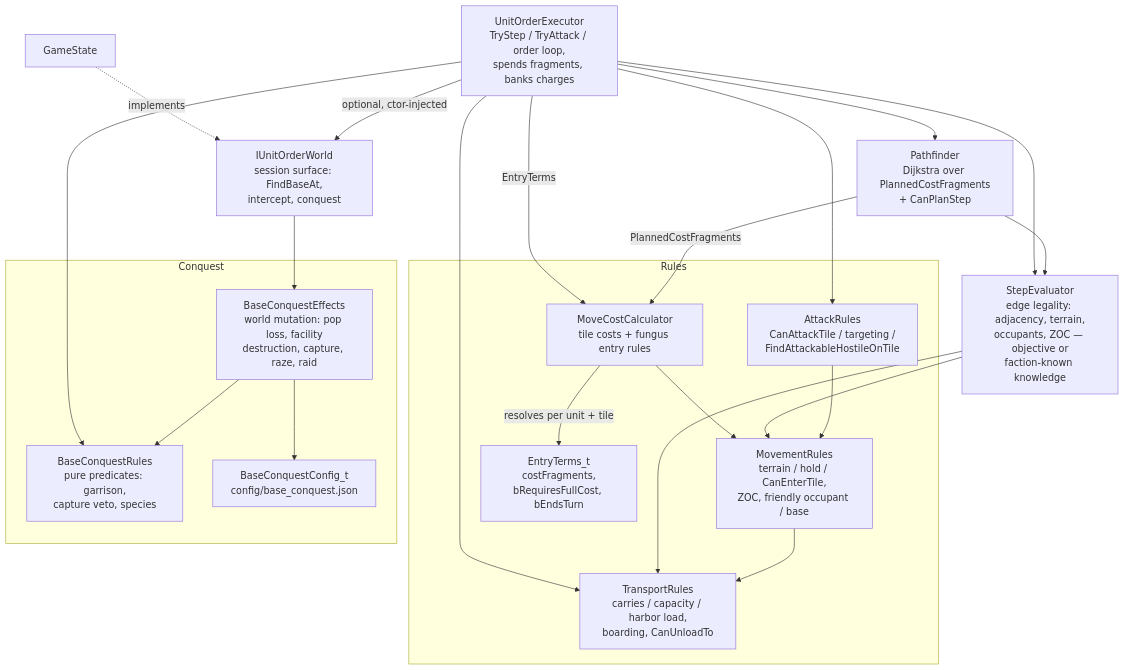
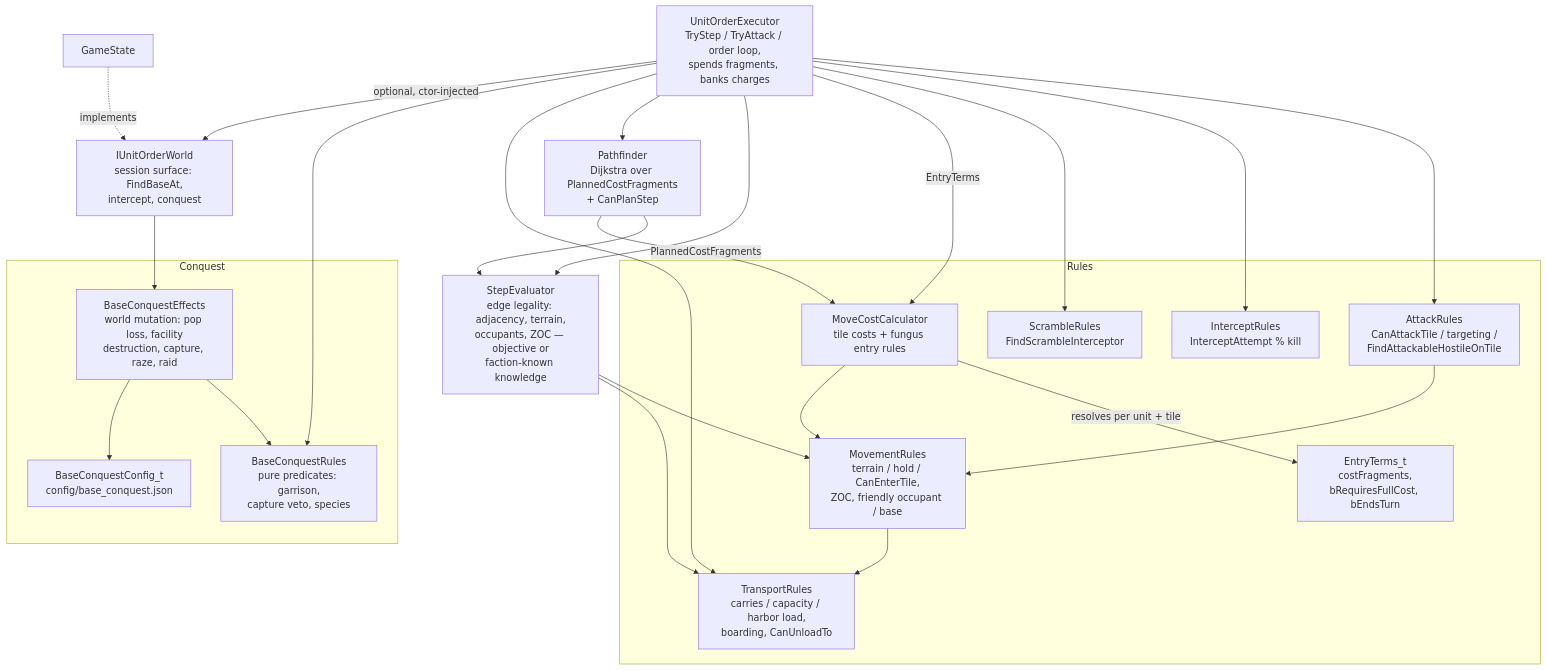
Before and after one commit to kilianloftis/alpha-centauri: the diagram in docs/architecture/unit-movement-system.md, drawn with Mermaid. The commit also changed other lines of this file and 21 other files, not shown here.

````diff
--- a/docs/architecture/unit-movement-system.md
+++ b/docs/architecture/unit-movement-system.md
@@ -9,42 +9,46 @@
 ```mermaid
 graph TD
     subgraph Rules
         MovementRules[MovementRules<br/>terrain / hold / CanEnterTile,<br/>ZOC, friendly occupant / base]
         TransportRules[TransportRules<br/>carries / capacity / harbor load,<br/>boarding, CanUnloadTo]
         MoveCostCalculator[MoveCostCalculator<br/>tile costs + fungus entry rules]
         EntryTerms[EntryTerms_t<br/>costFragments,<br/>bRequiresFullCost, bEndsTurn]
         MoveCostCalculator -->|resolves per unit + tile| EntryTerms
         MovementRules --> TransportRules
         AttackRules[AttackRules<br/>CanAttackTile / targeting /<br/>FindAttackableHostileOnTile]
+        InterceptRules[InterceptRules<br/>InterceptAttempt % kill]
+        ScrambleRules[ScrambleRules<br/>FindScrambleInterceptor]
         AttackRules --> MovementRules
     end
 
     subgraph Conquest
         BaseConquestRules[BaseConquestRules<br/>pure predicates: garrison,<br/>capture veto, species]
         BaseConquestEffects[BaseConquestEffects<br/>world mutation: pop loss, facility<br/>destruction, capture, raze, raid]
         BaseConquestConfig[BaseConquestConfig_t<br/>config/base_conquest.json]
         BaseConquestEffects --> BaseConquestRules
         BaseConquestEffects --> BaseConquestConfig
     end
 
     StepEvaluator[StepEvaluator<br/>edge legality: adjacency, terrain,<br/>occupants, ZOC — objective or<br/>faction-known knowledge]
     Pathfinder[Pathfinder<br/>Dijkstra over PlannedCostFragments<br/>+ CanPlanStep]
     UnitOrderExecutor[UnitOrderExecutor<br/>TryStep / TryAttack / order loop,<br/>spends fragments, banks charges]
     UnitOrderExecutor --> AttackRules
+    UnitOrderExecutor --> InterceptRules
+    UnitOrderExecutor --> ScrambleRules
     IUnitOrderWorld[IUnitOrderWorld<br/>session surface: FindBaseAt,<br/>intercept, conquest]
     GameState[GameState]
 
     StepEvaluator --> MovementRules
     StepEvaluator --> TransportRules
     MoveCostCalculator --> MovementRules
     Pathfinder --> StepEvaluator
     Pathfinder -->|PlannedCostFragments| MoveCostCalculator
     UnitOrderExecutor -->|EntryTerms| MoveCostCalculator
     UnitOrderExecutor --> StepEvaluator
     UnitOrderExecutor --> Pathfinder
     UnitOrderExecutor --> TransportRules
     UnitOrderExecutor --> BaseConquestRules
     UnitOrderExecutor -->|optional, ctor-injected| IUnitOrderWorld
     GameState -.->|implements| IUnitOrderWorld
     IUnitOrderWorld --> BaseConquestEffects
 ```
````
